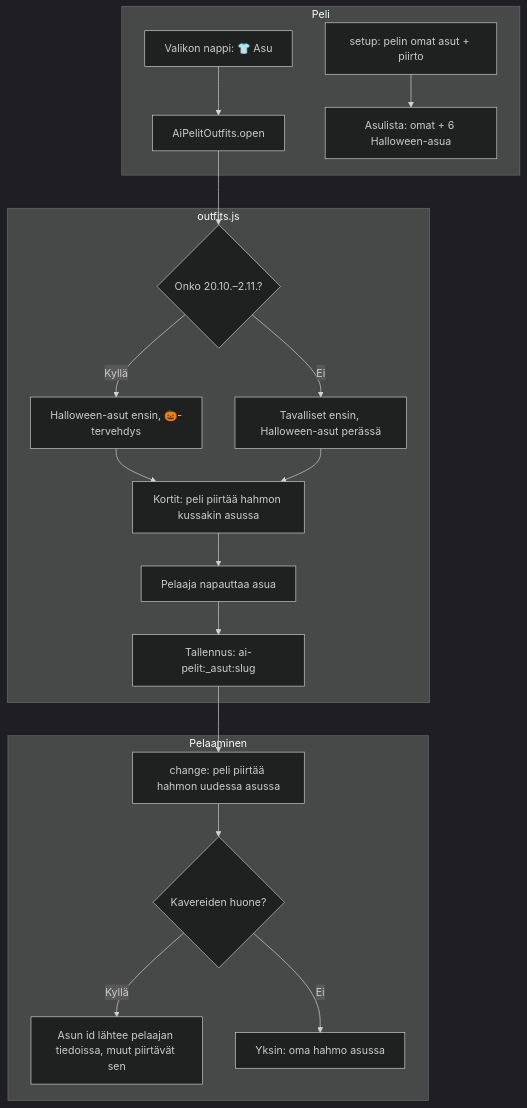
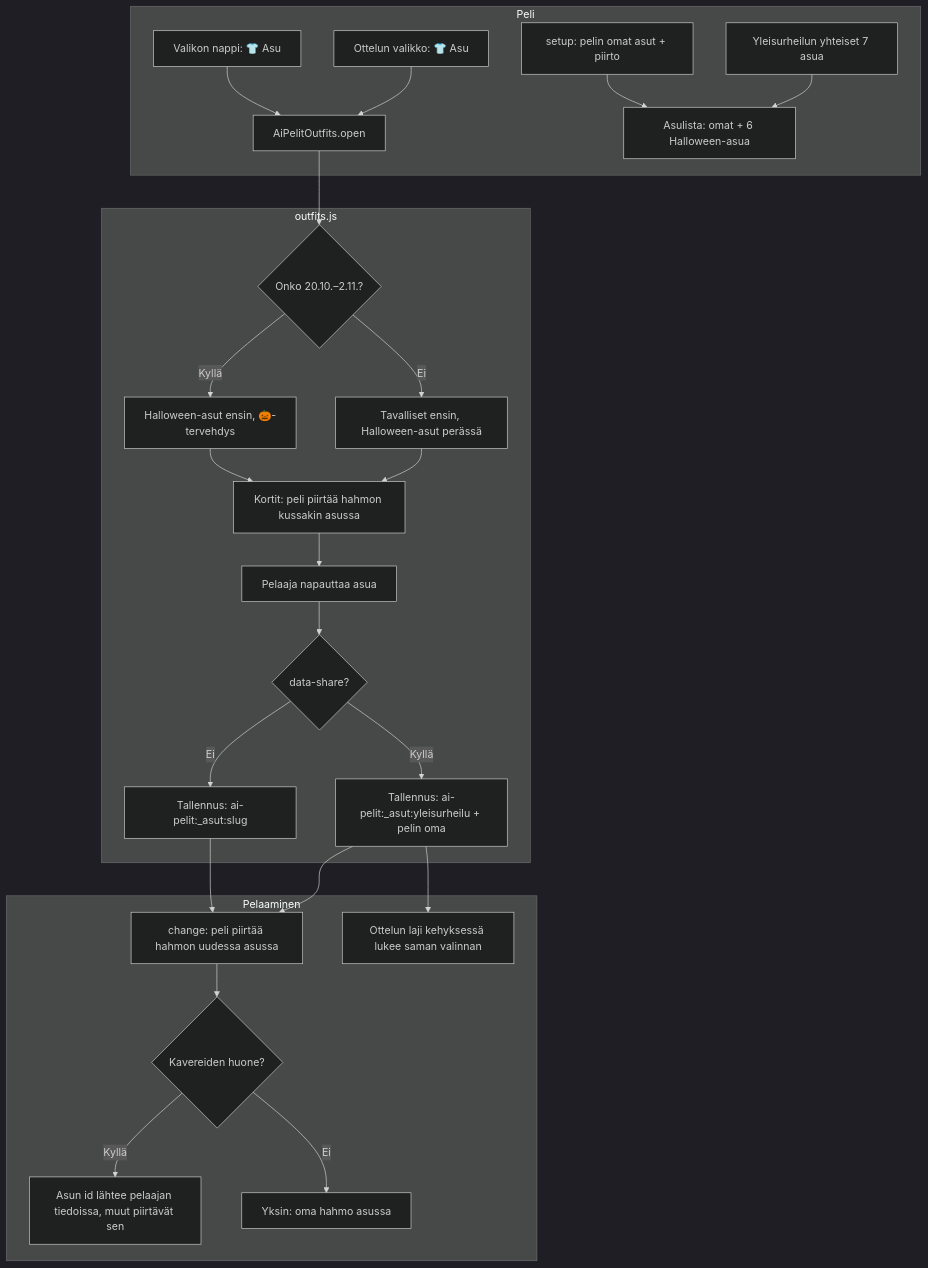
Before and after one commit to eerovil/ai-pelit: the diagram in docs/diagrams/asut.md, drawn with Mermaid (dark theme). The commit also changed other lines of this file and 31 other files, not shown here.

````diff
--- a/docs/diagrams/asut.md
+++ b/docs/diagrams/asut.md
@@ -8,28 +10,34 @@
 ```mermaid
 flowchart TD
   subgraph Peli
     A[Valikon nappi: 👕 Asu] --> B[AiPelitOutfits.open]
+    O[Ottelun valikko: 👕 Asu] --> B
     S[setup: pelin omat asut + piirto] --> L[Asulista: omat + 6 Halloween-asua]
+    Y[Yleisurheilun yhteiset 7 asua] --> L
   end
   subgraph outfits.js
     B --> Q{Onko 20.10.–2.11.?}
     Q -- Kyllä --> H[Halloween-asut ensin, 🎃-tervehdys]
     Q -- Ei --> T[Tavalliset ensin, Halloween-asut perässä]
     H --> K[Kortit: peli piirtää hahmon kussakin asussa]
     T --> K
     K --> P[Pelaaja napauttaa asua]
-    P --> V[Tallennus: ai-pelit:_asut:slug]
+    P --> G{data-share?}
+    G -- Ei --> V[Tallennus: ai-pelit:_asut:slug]
+    G -- Kyllä --> W[Tallennus: ai-pelit:_asut:yleisurheilu + pelin oma]
   end
   subgraph Pelaaminen
     V --> C[change: peli piirtää hahmon uudessa asussa]
+    W --> C
+    W --> E[Ottelun laji kehyksessä lukee saman valinnan]
     C --> R{Kavereiden huone?}
     R -- Kyllä --> M[Asun id lähtee pelaajan tiedoissa, muut piirtävät sen]
     R -- Ei --> D[Yksin: oma hahmo asussa]
   end
-  class A,P blue
-  class S,L,K violet
-  class Q,R amber
+  class A,O,P blue
+  class S,L,K,Y violet
+  class Q,R,G amber
   class H,T teal
-  class V green
-  class C,M,D rose
+  class V,W green
+  class C,M,D,E rose
 ```
````
